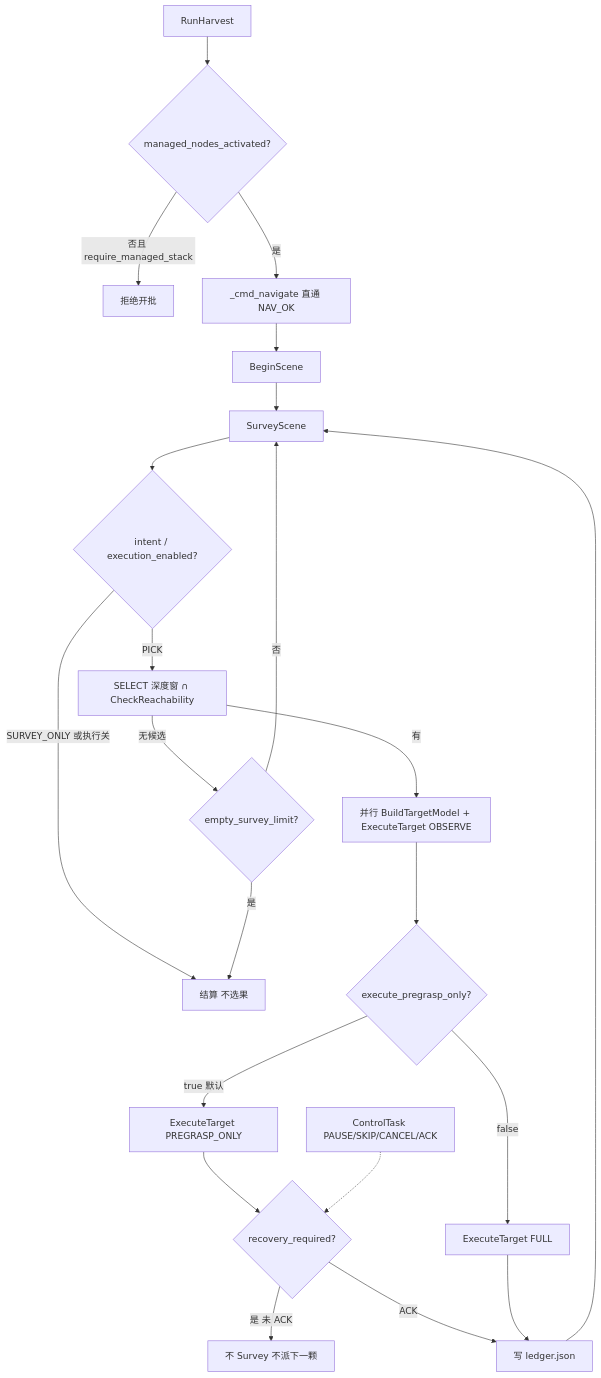
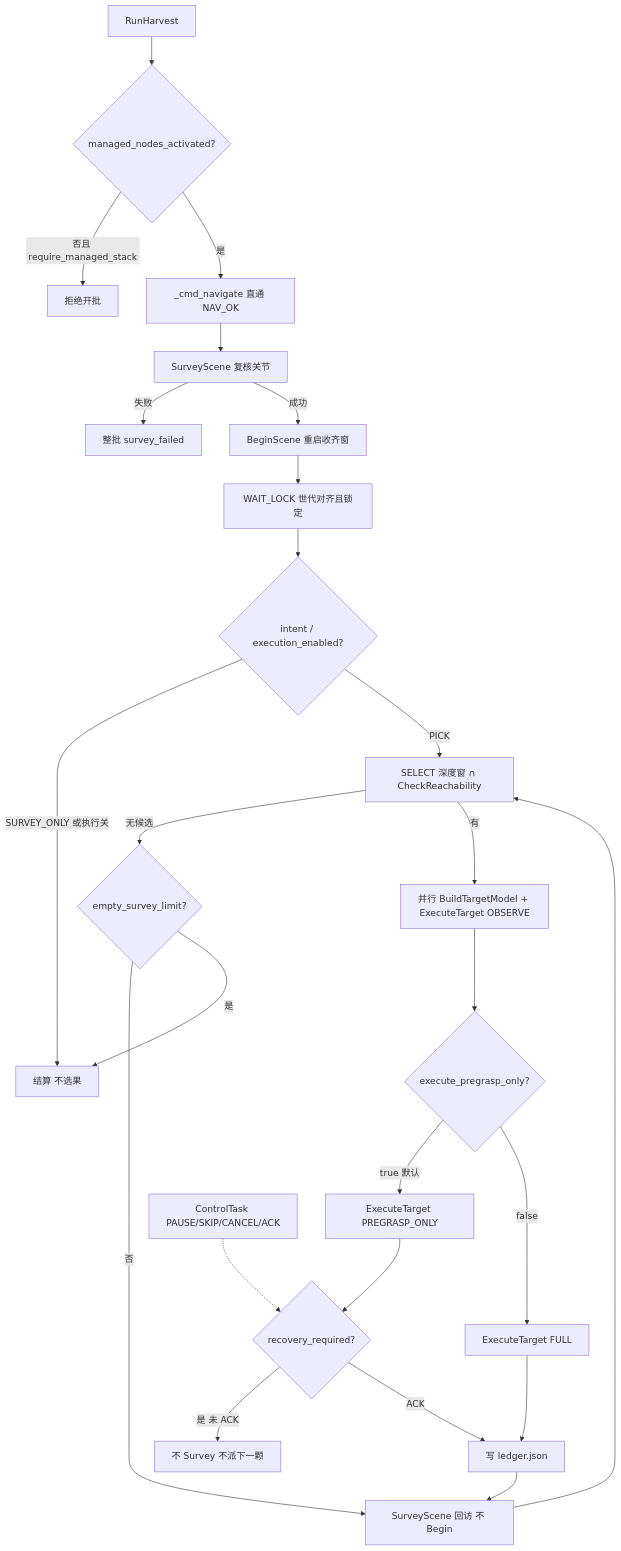
Before and after one commit to MUHAN11-c/aubo_boot: the seventh of 10 diagrams in docs/io.md, drawn with Mermaid. The commit also changed other lines of this file and 56 other files, not shown here.

````diff
--- a/docs/io.md
+++ b/docs/io.md
@@ -390,24 +394,27 @@
 ```mermaid
 flowchart TB
   rh["RunHarvest"] --> flag{"managed_nodes_activated?"}
   flag -->|否且 require_managed_stack| rej["拒绝开批"]
   flag -->|是| nav["_cmd_navigate 直通 NAV_OK"]
-  nav --> begin["BeginScene"]
-  begin --> survey["SurveyScene"]
-  survey --> intent{"intent / execution_enabled?"}
+  nav --> survey["SurveyScene 复核关节"]
+  survey -->|失败| fail["整批 survey_failed"]
+  survey -->|成功| begin["BeginScene 重启收齐窗"]
+  begin --> waitLock["WAIT_LOCK 世代对齐且锁定"]
+  waitLock --> intent{"intent / execution_enabled?"}
   intent -->|SURVEY_ONLY 或执行关| settle["结算 不选果"]
   intent -->|PICK| sel["SELECT 深度窗 ∩ CheckReachability"]
   sel -->|无候选| empty{"empty_survey_limit?"}
-  empty -->|否| survey
+  empty -->|否| revisit["SurveyScene 回访 不 Begin"]
   empty -->|是| settle
   sel -->|有| disp["并行 BuildTargetModel + ExecuteTarget OBSERVE"]
   disp --> full{"execute_pregrasp_only?"}
   full -->|true 默认| pg["ExecuteTarget PREGRASP_ONLY"]
   full -->|false| fl["ExecuteTarget FULL"]
   pg --> recov{"recovery_required?"}
   recov -->|是 未 ACK| hold["不 Survey 不派下一颗"]
   recov -->|ACK| ledger["写 ledger.json"]
   fl --> ledger
-  ledger --> survey
+  ledger --> revisit
+  revisit --> sel
   ctl["ControlTask PAUSE/SKIP/CANCEL/ACK"] -.-> recov
 ```
````
